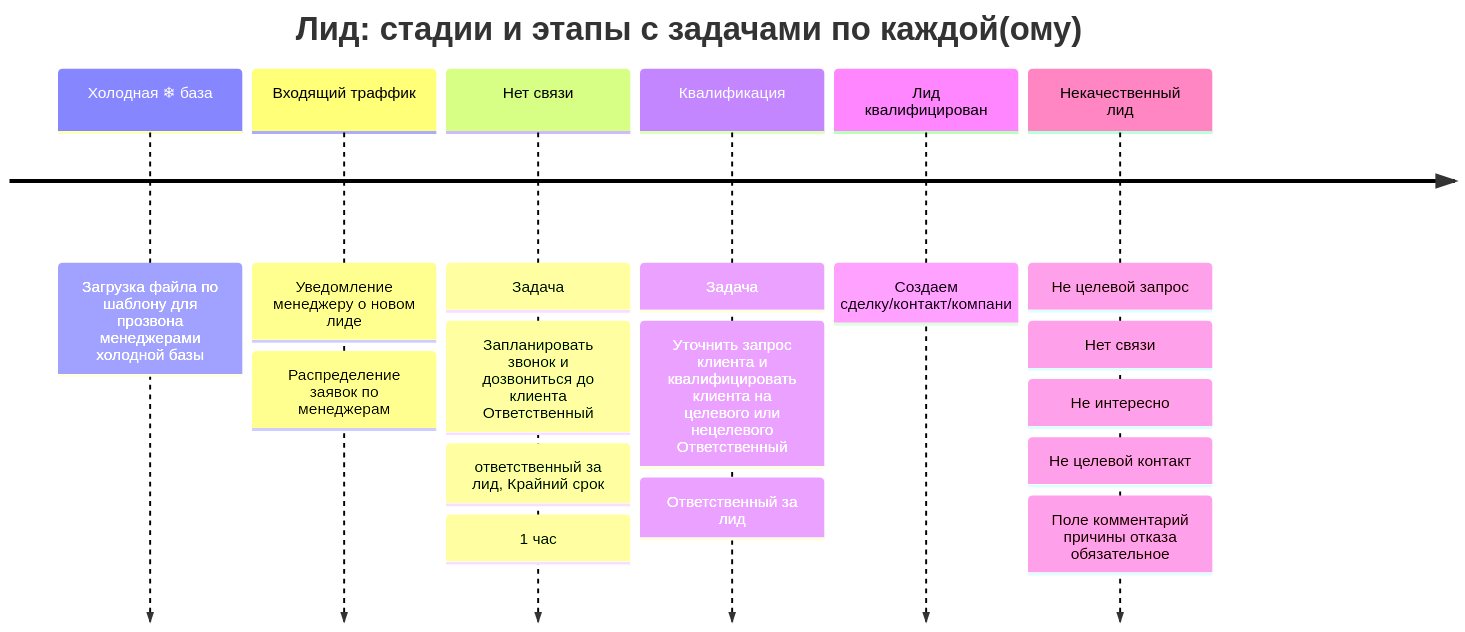
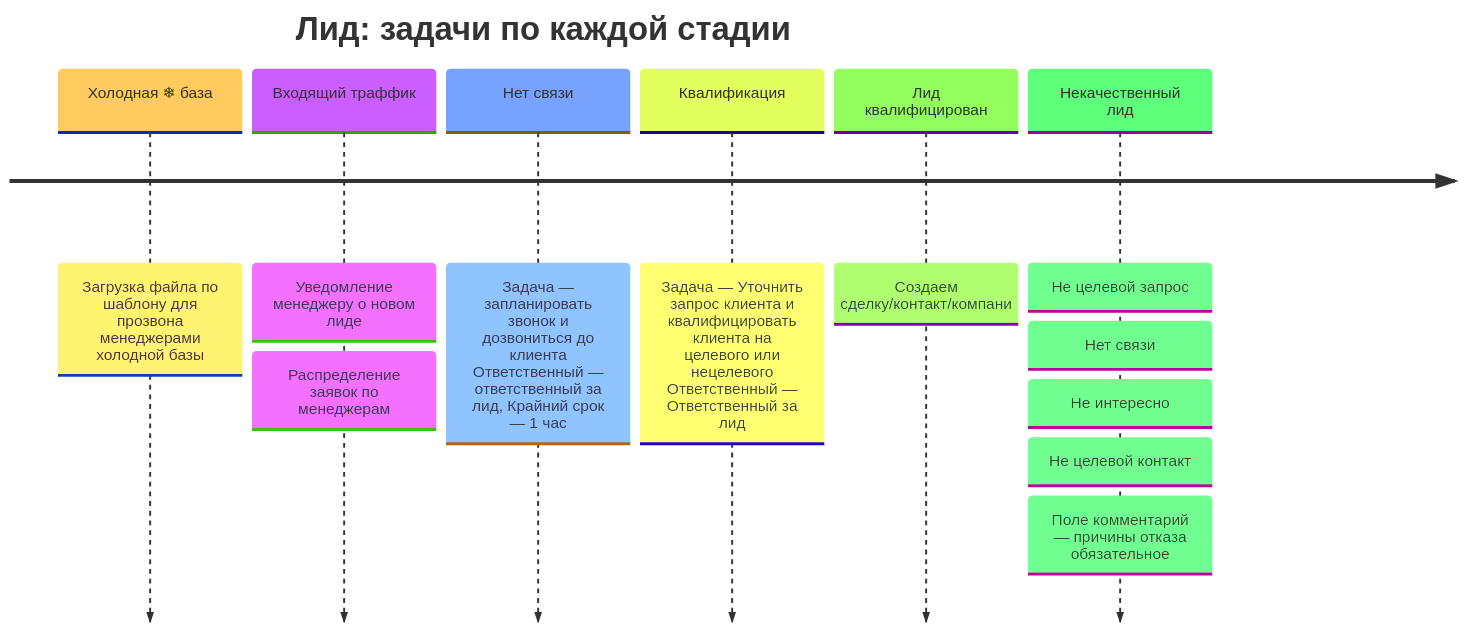
Before and after one commit to NazarovKI/knowledge: the first of 3 diagrams in content/processing.md, drawn with Mermaid. The commit also changed other lines of this file and 1 other file, not shown here.

First line of the commit message:
Настроил диаграммы

````diff
--- a/content/processing.md
+++ b/content/processing.md
@@ -8,11 +8,16 @@
 ```mermaid timeline
+--- 
+config: 
+  logLevel: 'debug' 
+  theme: 'base' 
+---
 timeline
-    title Лид: стадии и этапы с задачами по каждой(ому)
+    title Лид: задачи по каждой стадии
     Холодная ❄ база : Загрузка файла по шаблону для прозвона менеджерами холодной базы
 	Входящий траффик : Уведомление менеджеру о новом лиде
          : Распределение заявок по менеджерам
-    Нет связи : Задача: Запланировать звонок и дозвониться до клиента Ответственный: ответственный за лид, Крайний срок: 1 час
-    Квалификация : Задача: Уточнить запрос клиента и квалифицировать клиента на целевого или нецелевого Ответственный: Ответственный за лид
+    Нет связи : Задача — запланировать звонок и дозвониться до клиента Ответственный — ответственный за лид, Крайний срок — 1 час
+    Квалификация : Задача — Уточнить запрос клиента и квалифицировать клиента на целевого или нецелевого Ответственный — Ответственный за лид
     Лид квалифицирован : Создаем сделку/контакт/компани
-    Некачественный лид : Не целевой запрос : Нет связи : Не интересно : Не целевой контакт : Поле комментарий причины отказа обязательное
+    Некачественный лид : Не целевой запрос : Нет связи : Не интересно : Не целевой контакт : Поле комментарий — причины отказа обязательное
 ```
````
